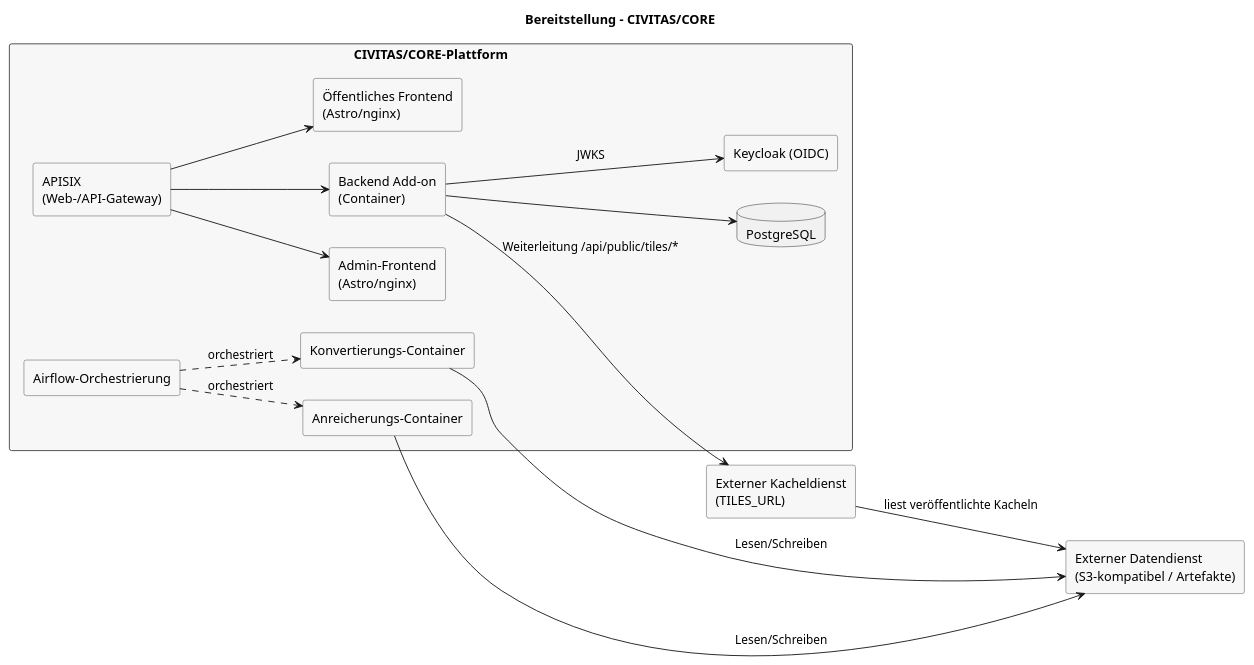
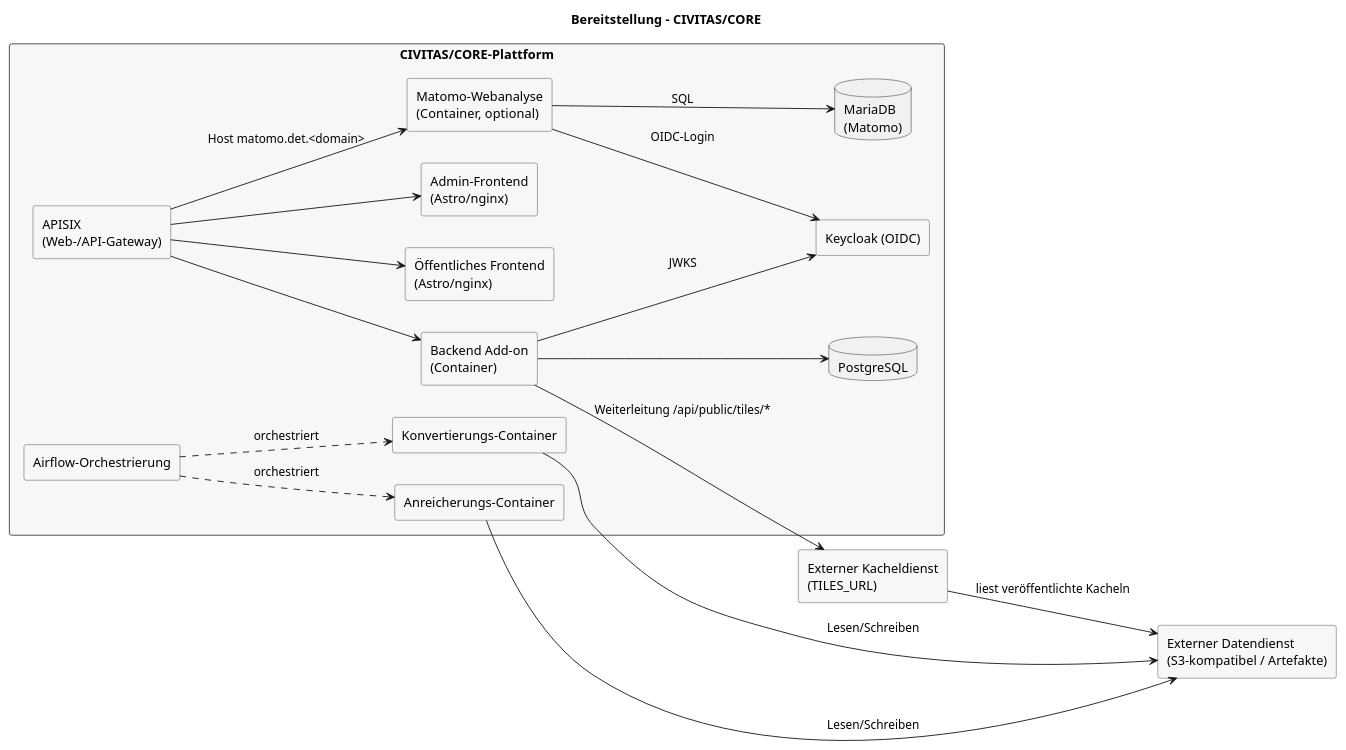
The diagram in apps/backend/docs/architecture/raw/deployment-civitas-core.puml (csi-FOXBYTE/Regensburg_DigitalerEnergieZwilling_MonoRepo), drawn with PlantUML before and after one commit. The commit also changed 9 other files, not shown here.

Commit message:
docs: updated the matomo status and diagrams

```diff
--- a/apps/backend/docs/architecture/raw/deployment-civitas-core.puml
+++ b/apps/backend/docs/architecture/raw/deployment-civitas-core.puml
@@ -1,39 +1,45 @@
 @startuml
 left to right direction
 skinparam rectangle {
   BackgroundColor #F7F7F7
   BorderColor #444444
 }
 
 title Bereitstellung - CIVITAS/CORE
 
 rectangle "CIVITAS/CORE-Plattform" as civitas {
   rectangle "APISIX\n(Web-/API-Gateway)" as gateway
   rectangle "Backend Add-on\n(Container)" as backend
   rectangle "Airflow-Orchestrierung" as airflow
   rectangle "Konvertierungs-Container" as convert
   rectangle "Anreicherungs-Container" as enrich
   rectangle "Öffentliches Frontend\n(Astro/nginx)" as public_frontend
   rectangle "Admin-Frontend\n(Astro/nginx)" as admin_frontend
   database "PostgreSQL" as db
   rectangle "Keycloak (OIDC)" as keycloak
+  rectangle "Matomo-Webanalyse\n(Container, optional)" as matomo
+  database "MariaDB\n(Matomo)" as matomo_db
 }
 
 rectangle "Externer Kacheldienst\n(TILES_URL)" as tiles
 rectangle "Externer Datendienst\n(S3-kompatibel / Artefakte)" as s3
 
 gateway --> public_frontend
 gateway --> admin_frontend
 gateway --> backend
 backend --> tiles : Weiterleitung /api/public/tiles/*
 
 backend --> db
 backend --> keycloak : JWKS
 tiles --> s3 : liest veröffentlichte Kacheln
 
+gateway --> matomo : Host matomo.det.<domain>
+matomo --> keycloak : OIDC-Login
+matomo --> matomo_db : SQL
+
 airflow ..> convert : orchestriert
 airflow ..> enrich : orchestriert
 convert --> s3 : Lesen/Schreiben
 enrich --> s3 : Lesen/Schreiben
 
 @enduml
```
